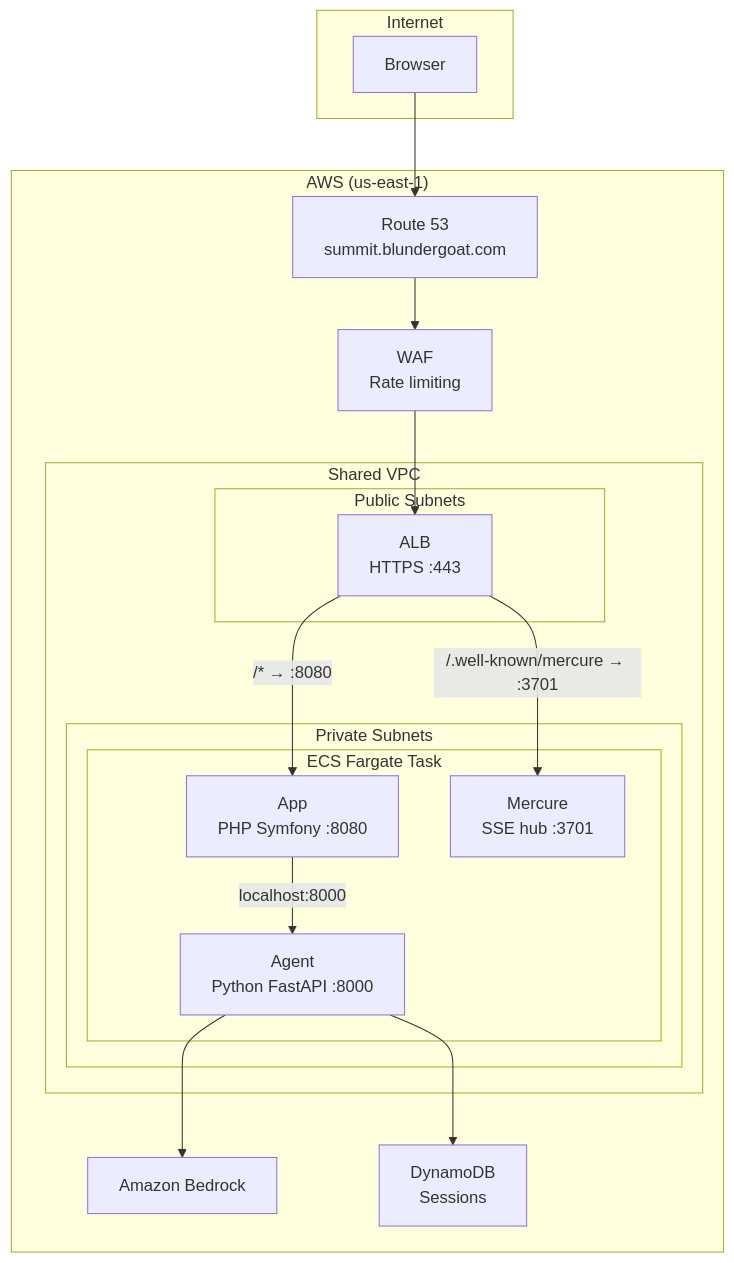
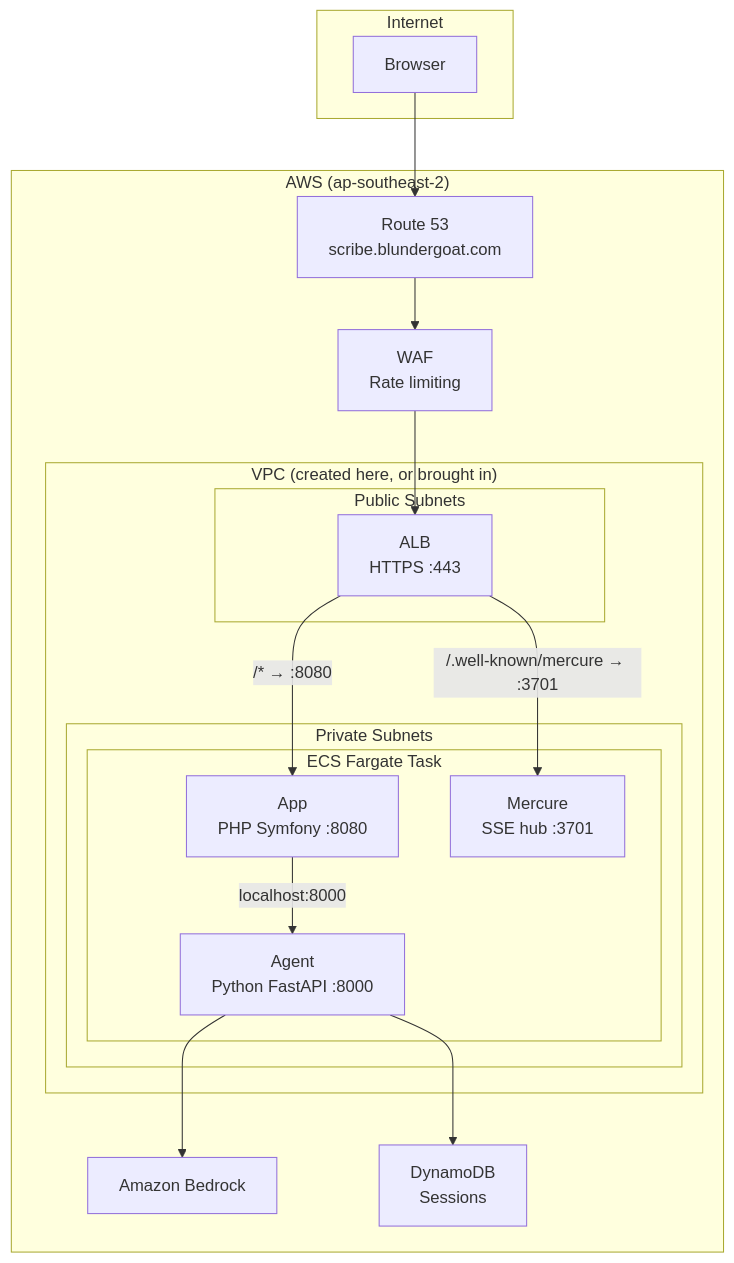
Before and after one commit to blundergoat/ambient-scribe: the first of 2 diagrams in docs/deployment.md, drawn with Mermaid. The commit also changed other lines of this file and 40 other files, not shown here.

````diff
--- a/docs/deployment.md
+++ b/docs/deployment.md
@@ -45,36 +46,36 @@
 ```mermaid
 graph TB
     subgraph Internet
         Browser[Browser]
     end
 
-    subgraph AWS["AWS (us-east-1)"]
-        R53["Route 53<br/>summit.blundergoat.com"]
+    subgraph AWS["AWS (ap-southeast-2)"]
+        R53["Route 53<br/>scribe.blundergoat.com"]
         WAF["WAF<br/>Rate limiting"]
 
-        subgraph VPC["Shared VPC"]
+        subgraph VPC["VPC (created here, or brought in)"]
             subgraph Public["Public Subnets"]
                 ALB["ALB<br/>HTTPS :443"]
             end
 
             subgraph Private["Private Subnets"]
                 subgraph Task["ECS Fargate Task"]
                     App["App<br/>PHP Symfony :8080"]
                     Agent["Agent<br/>Python FastAPI :8000"]
                     Mercure["Mercure<br/>SSE hub :3701"]
                 end
             end
         end
 
         Bedrock["Amazon Bedrock"]
         DDB["DynamoDB<br/>Sessions"]
     end
 
     Browser --> R53
     R53 --> WAF --> ALB
     ALB -->|"/* → :8080"| App
     ALB -->|"/.well-known/mercure → :3701"| Mercure
     App -->|"localhost:8000"| Agent
     Agent --> Bedrock
     Agent --> DDB
 ```
````
